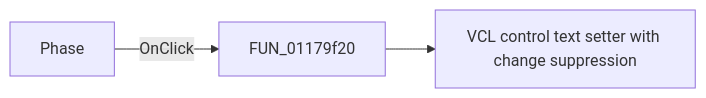
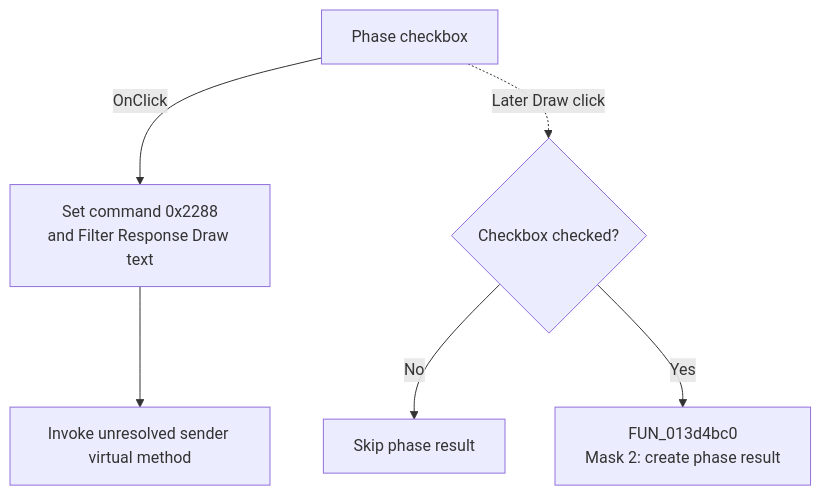
One commit to MovGP0/TIARA changed the diagram in docs/ui-controls/response-form1/phasecheckbox2-60588bc0f2.md. Above: the diagram before and after it, drawn with Mermaid. The commit also changed other lines of this file and 1062 other files, not shown here.

````diff
--- a/docs/ui-controls/response-form1/phasecheckbox2-60588bc0f2.md
+++ b/docs/ui-controls/response-form1/phasecheckbox2-60588bc0f2.md
@@ -27,5 +29,8 @@
 ```mermaid
-flowchart LR
-    control["Phase"] -->|OnClick| handler["FUN_01179f20"]
-    handler --> call1["VCL control text setter with change suppression"]
+flowchart TD
+    control["Phase checkbox"] -->|OnClick| context["Set command 0x2288<br/>and Filter Response Draw text"]
+    context --> virtual["Invoke unresolved sender virtual method"]
+    control -. "Later Draw click" .-> checked{"Checkbox checked?"}
+    checked -->|No| skip["Skip phase result"]
+    checked -->|Yes| output["FUN_013d4bc0<br/>Mask 2: create phase result"]
 ```
````
